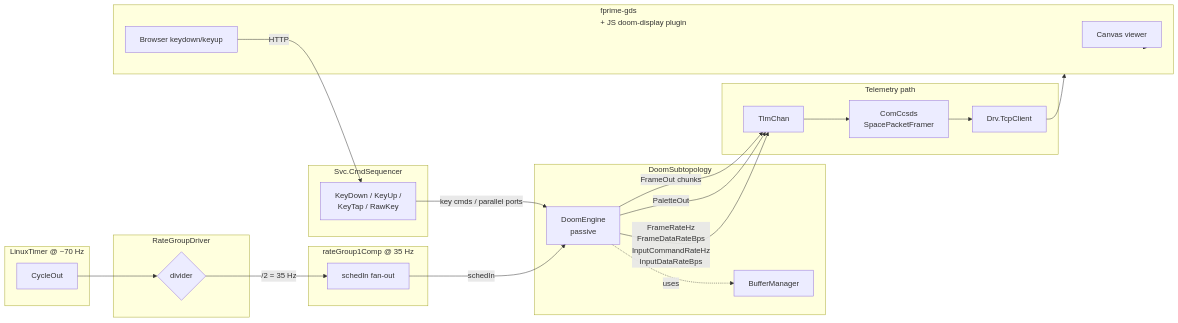
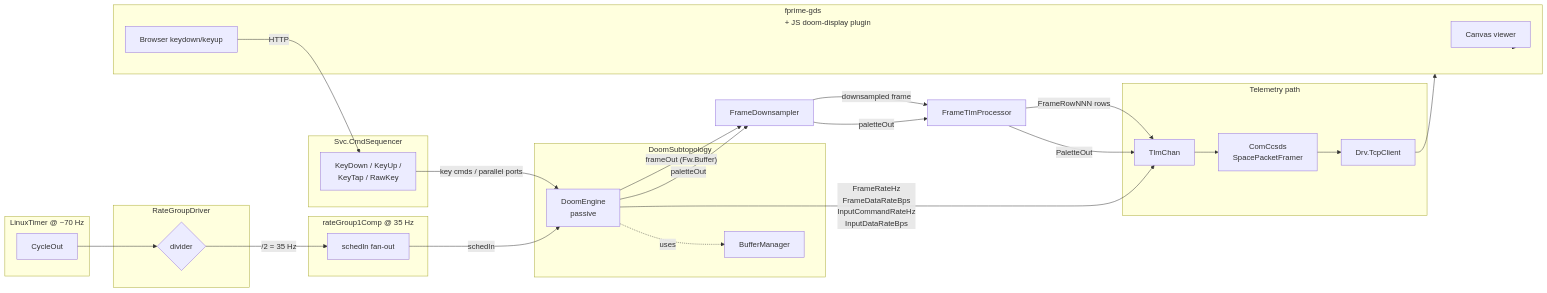
Before and after one commit to LeStarch/fprime-stress: the diagram in README.md, drawn with Mermaid. The commit also changed other lines of this file and 231 other files, not shown here.

First line of the commit message:
Frame pipeline: raw Fw.Buffer frame port, in-place downsampler, per-row telemetry, variable-rate ticks (#10)

````diff
--- a/README.md
+++ b/README.md
@@ -46,40 +46,44 @@
 ```mermaid
 flowchart LR
     subgraph LinuxTimer[LinuxTimer @ ~70 Hz]
         T[CycleOut]
     end
     subgraph RGD[RateGroupDriver]
         D{divider}
     end
     subgraph RG1[rateGroup1Comp @ 35 Hz]
         S1[schedIn fan-out]
     end
     subgraph DoomSubtopology
         DE[DoomEngine<br/>passive]
         BM[BufferManager]
     end
     subgraph CmdSeq[Svc.CmdSequencer]
         CS[KeyDown / KeyUp /<br/>KeyTap / RawKey]
     end
     subgraph Telem[Telemetry path]
         TC[TlmChan]
         CCSDS[ComCcsds<br/>SpacePacketFramer]
         NET[Drv.TcpClient]
     end
     subgraph GDS[fprime-gds<br/>+ JS doom-display plugin]
         CANVAS[Canvas viewer]
         KBD[Browser keydown/keyup]
     end
 
     T --> D
     D -- "/2 = 35 Hz" --> S1
     S1 -- schedIn --> DE
     CS -- key cmds / parallel ports --> DE
-    DE -- FrameOut chunks --> TC
-    DE -- PaletteOut --> TC
+    DE -- "frameOut (Fw.Buffer)" --> DS[FrameDownsampler]
+    DE -- paletteOut --> DS
+    DS -- "downsampled frame" --> TP[FrameTlmProcessor]
+    DS -- paletteOut --> TP
+    TP -- "FrameRowNNN rows" --> TC
+    TP -- PaletteOut --> TC
     DE -- FrameRateHz<br/>FrameDataRateBps<br/>InputCommandRateHz<br/>InputDataRateBps --> TC
     TC --> CCSDS --> NET --> GDS
     KBD -- HTTP --> CS
     GDS --> CANVAS
     DE -.uses.-> BM
 ```
````
